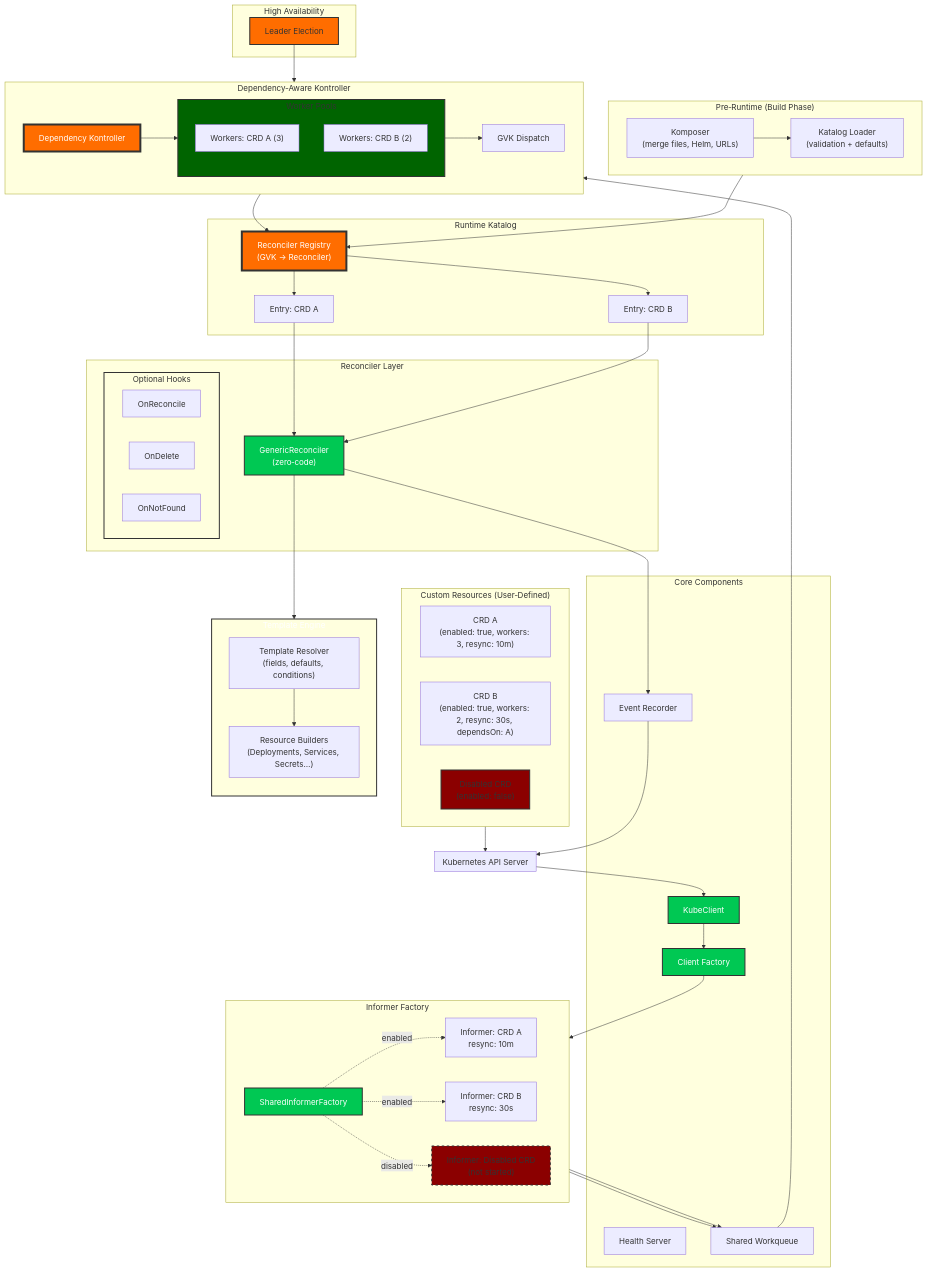
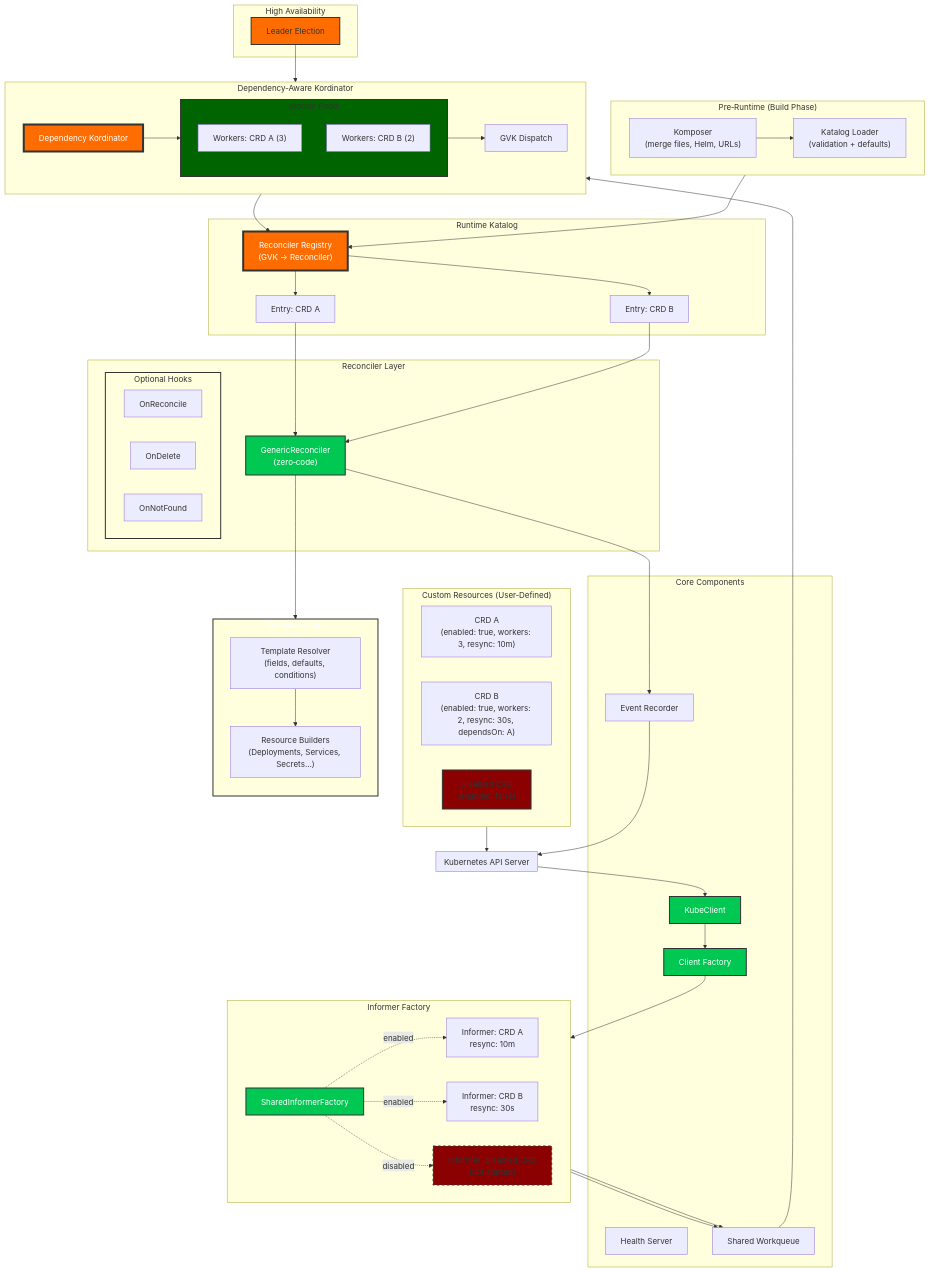
One commit to iAlexeze/orkestra changed the diagram in docs/runtime-manual/architecture/architecture-overview.md. Above: the diagram before and after it, drawn with Mermaid. The commit also changed other lines of this file and 70 other files, not shown here.

First line of the commit message:
refactor(kordinator): rename DependencyKontroller → DependencyKordinator

```diff
--- a/docs/runtime-manual/architecture/architecture-overview.md
+++ b/docs/runtime-manual/architecture/architecture-overview.md
@@ -95,11 +95,11 @@
 end
 
 %% ============================
-%% WORKERS + KONTROLLER
+%% WORKERS + Kordinator
 %% ============================
-subgraph Kontroller["Dependency‑Aware Kontroller"]
+subgraph Kordinator["Dependency‑Aware Kordinator"]
     direction LR
-    C["Dependency Kontroller"]
+    C["Dependency Kordinator"]
     subgraph Pools["Worker Pools"]
         W1["Workers: CRD A (3)"]
         W2["Workers: CRD B (2)"]
```
